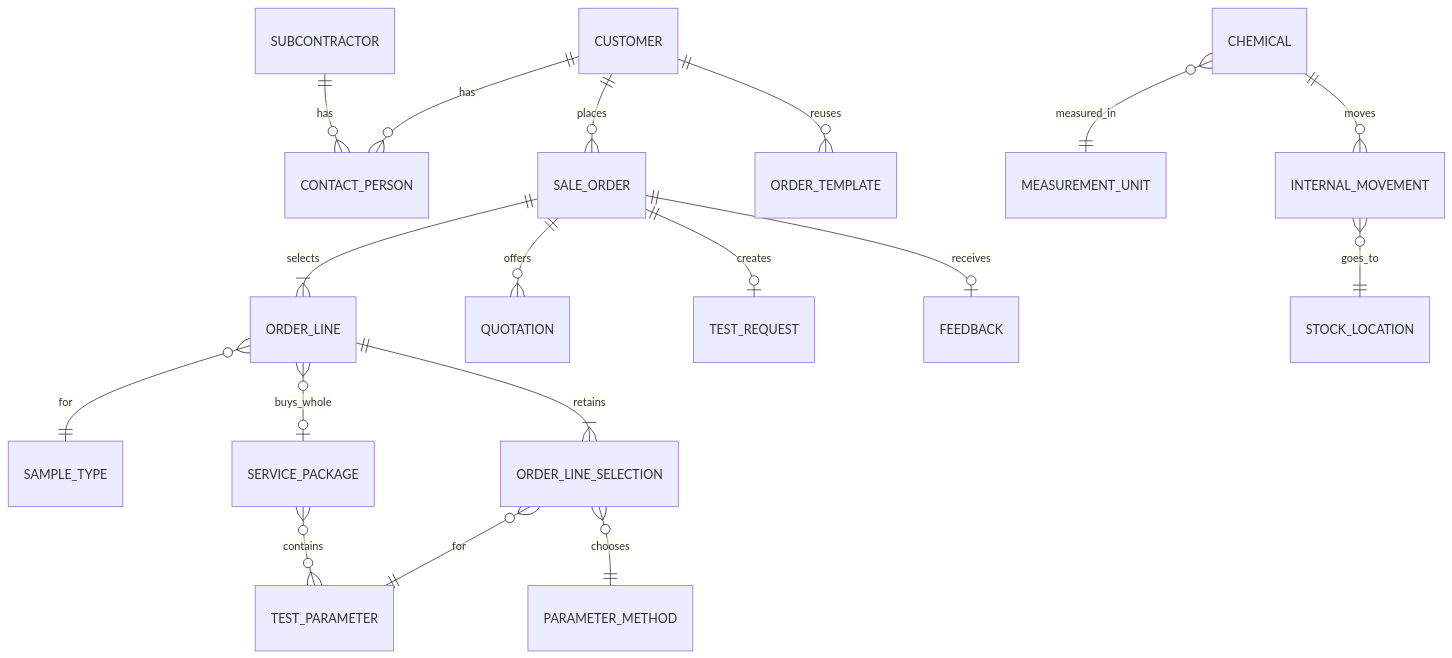
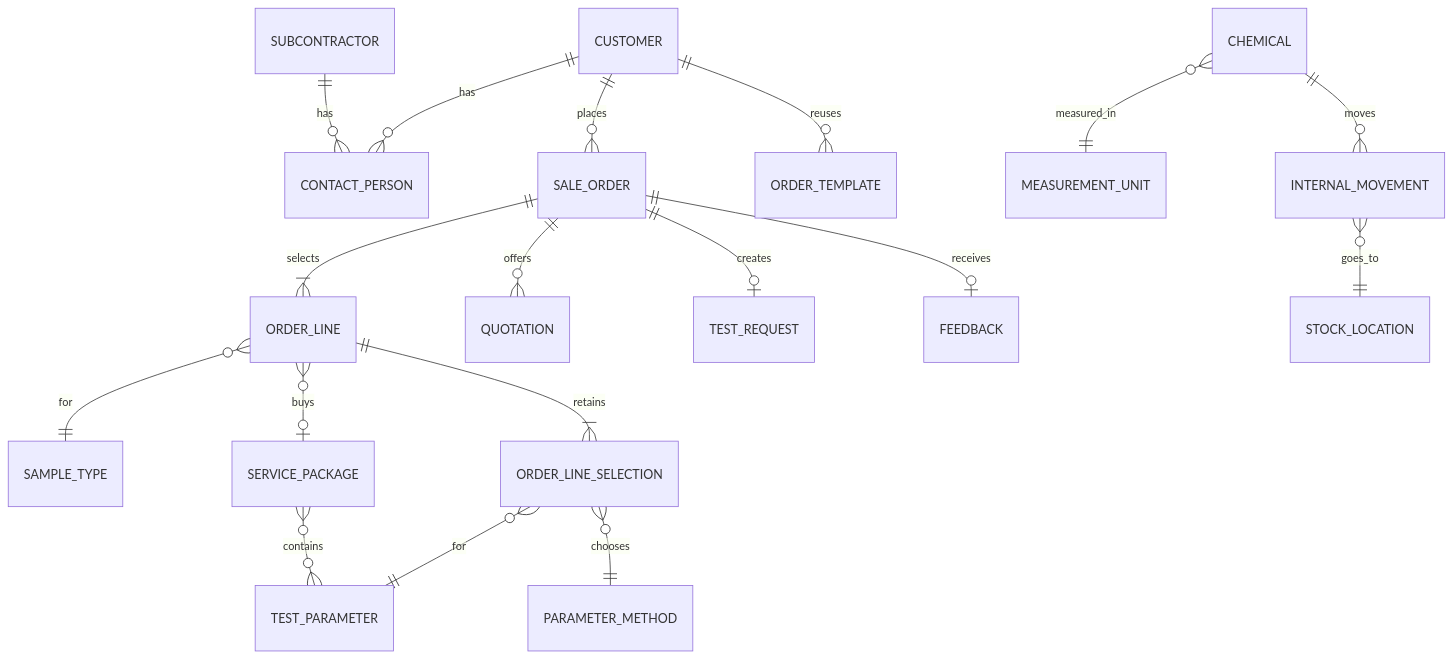
One commit to SoltuneMontepre/medilab changed the third of 3 diagrams in docs/functional/conceptual-model.md. Above: the diagram before and after it, drawn with Mermaid. The commit also changed other lines of this file and 63 other files, not shown here.

````diff
--- a/docs/functional/conceptual-model.md
+++ b/docs/functional/conceptual-model.md
@@ -86,20 +86,20 @@
 ```mermaid
 erDiagram
     CUSTOMER ||--o{ CONTACT_PERSON : has
     SUBCONTRACTOR ||--o{ CONTACT_PERSON : has
     CUSTOMER ||--o{ SALE_ORDER : places
     SALE_ORDER ||--|{ ORDER_LINE : selects
     ORDER_LINE }o--|| SAMPLE_TYPE : for
     ORDER_LINE ||--|{ ORDER_LINE_SELECTION : retains
     ORDER_LINE_SELECTION }o--|| TEST_PARAMETER : for
     ORDER_LINE_SELECTION }o--|| PARAMETER_METHOD : chooses
-    ORDER_LINE }o--o| SERVICE_PACKAGE : buys_whole
+    ORDER_LINE }o--o| SERVICE_PACKAGE : buys
     SERVICE_PACKAGE }o--o{ TEST_PARAMETER : contains
     SALE_ORDER ||--o{ QUOTATION : offers
     SALE_ORDER ||--o| TEST_REQUEST : creates
     CUSTOMER ||--o{ ORDER_TEMPLATE : reuses
     SALE_ORDER ||--o| FEEDBACK : receives
     CHEMICAL }o--|| MEASUREMENT_UNIT : measured_in
     CHEMICAL ||--o{ INTERNAL_MOVEMENT : moves
     INTERNAL_MOVEMENT }o--|| STOCK_LOCATION : goes_to
 ```
````
